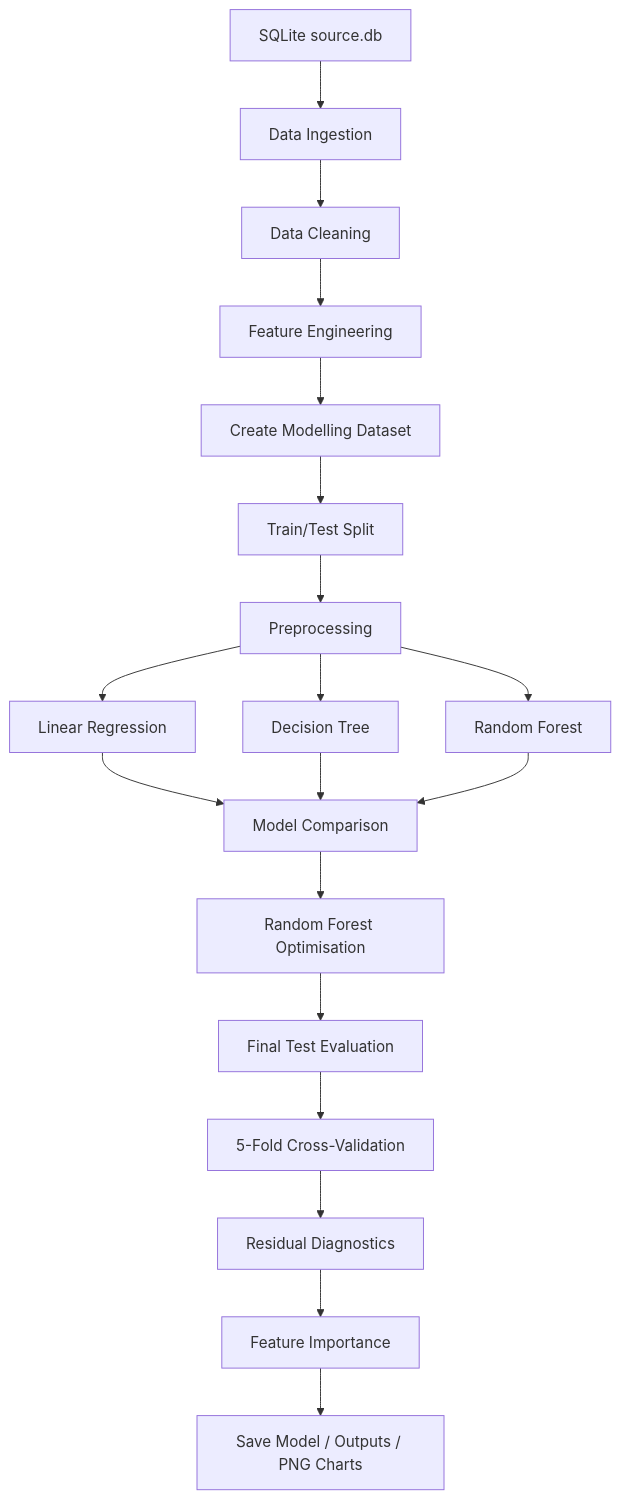
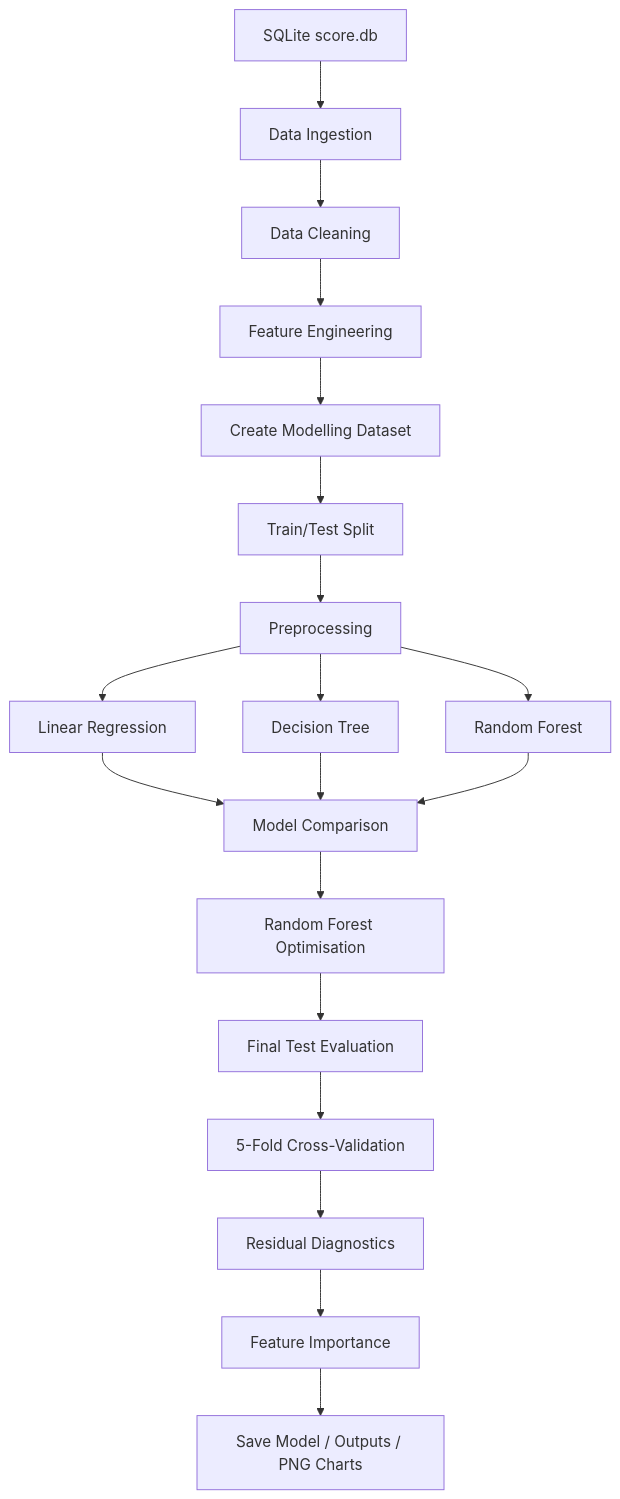
Before and after one commit to thedataanalyst-ylime/o-level-mathematics-performance-analysis: the diagram in README.md, drawn with Mermaid. The commit also changed other lines of this file, not shown here.

````diff
--- a/README.md
+++ b/README.md
@@ -88,21 +89,21 @@
 ```mermaid
 flowchart TD
-    A[SQLite source.db] --> B[Data Ingestion]
+    A[SQLite score.db] --> B[Data Ingestion]
     B --> C[Data Cleaning]
     C --> D[Feature Engineering]
     D --> E[Create Modelling Dataset]
     E --> F[Train/Test Split]
     F --> G[Preprocessing]
     G --> H1[Linear Regression]
     G --> H2[Decision Tree]
     G --> H3[Random Forest]
     H1 --> I[Model Comparison]
     H2 --> I
     H3 --> I
     I --> J[Random Forest Optimisation]
     J --> K[Final Test Evaluation]
     K --> L[5-Fold Cross-Validation]
     L --> M[Residual Diagnostics]
     M --> N[Feature Importance]
     N --> O[Save Model / Outputs / PNG Charts]
 ```
````
